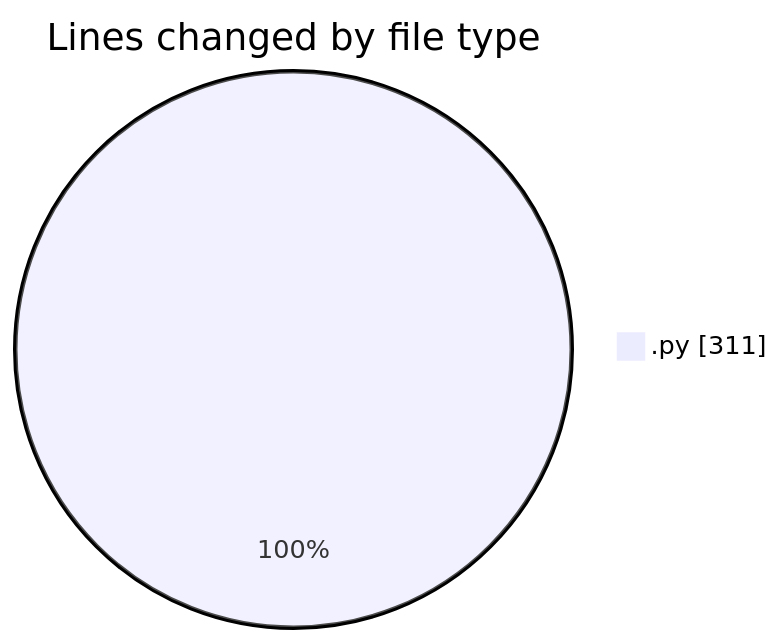
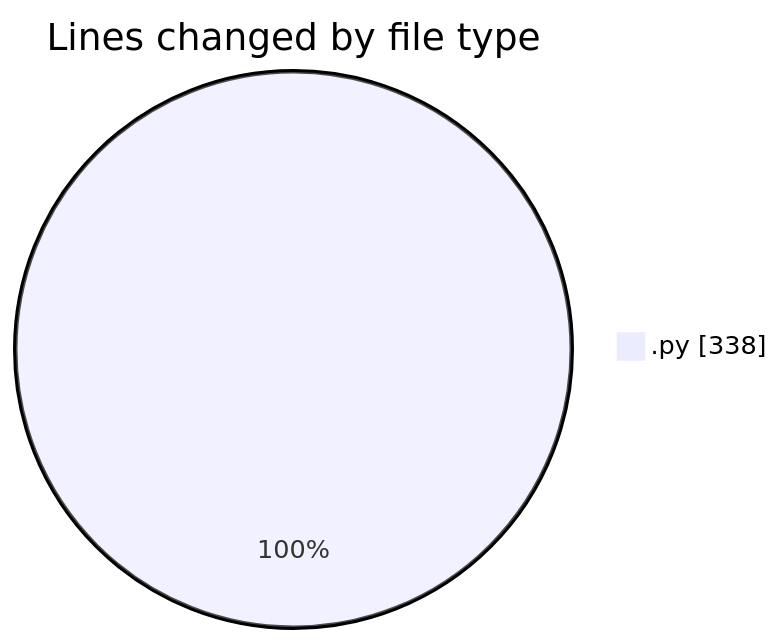
The first of 2 diagrams in 2025-07-02/cursor/README.md (FelipKnott/code-tracking), drawn with Mermaid before and after one commit. The commit also changed other lines of this file and 1 other file, not shown here.

````diff
--- a/2025-07-02/cursor/README.md
+++ b/2025-07-02/cursor/README.md
@@ -22,5 +22,5 @@
 ```mermaid
 pie showData
 title Lines changed by file type
-".py" : 311
+".py" : 338
 ```
````
